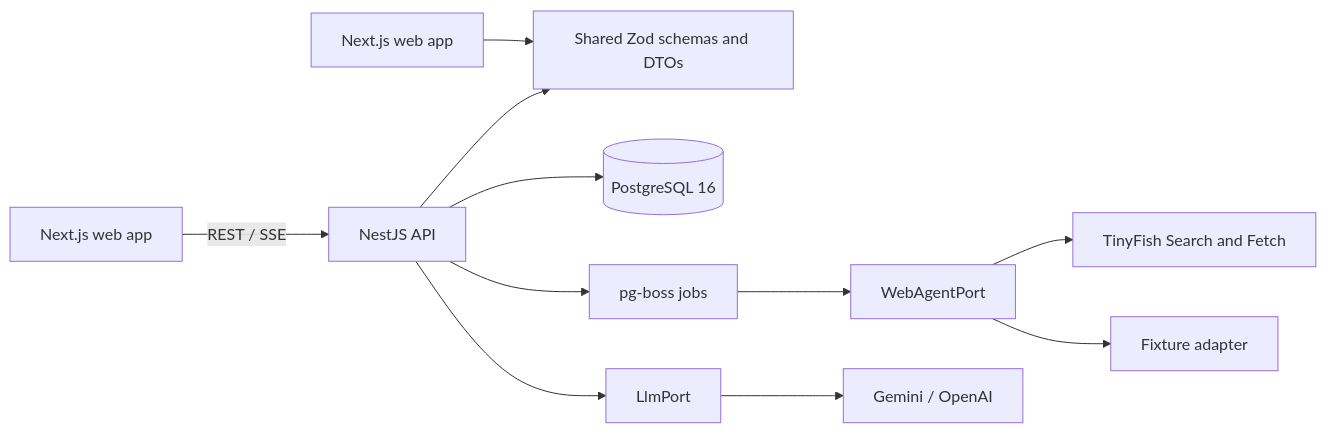
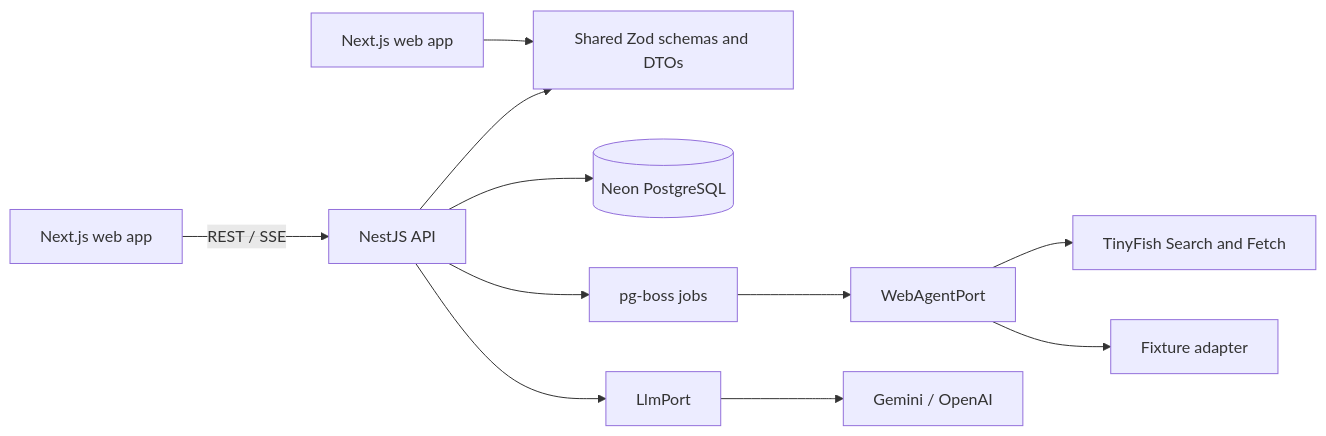
The diagram in docs/architecture.md (vaibhavkumar955584-hub/tinyproject), drawn with Mermaid before and after one commit. The commit also changed other lines of this file and 15 other files, not shown here.

````diff
--- a/docs/architecture.md
+++ b/docs/architecture.md
@@ -7,13 +7,13 @@
 ```mermaid
 flowchart LR
   Browser[Next.js web app] -->|REST / SSE| API[NestJS API]
   API --> Shared[Shared Zod schemas and DTOs]
   Web[Next.js web app] --> Shared
-  API --> DB[(PostgreSQL 16)]
+  API --> DB[(Neon PostgreSQL)]
   API --> Queue[pg-boss jobs]
   Queue --> Agent[WebAgentPort]
   Agent --> TinyFish[TinyFish Search and Fetch]
   Agent --> Fixtures[Fixture adapter]
   API --> LLM[LlmPort]
   LLM --> Providers[Gemini / OpenAI]
 ```
````
